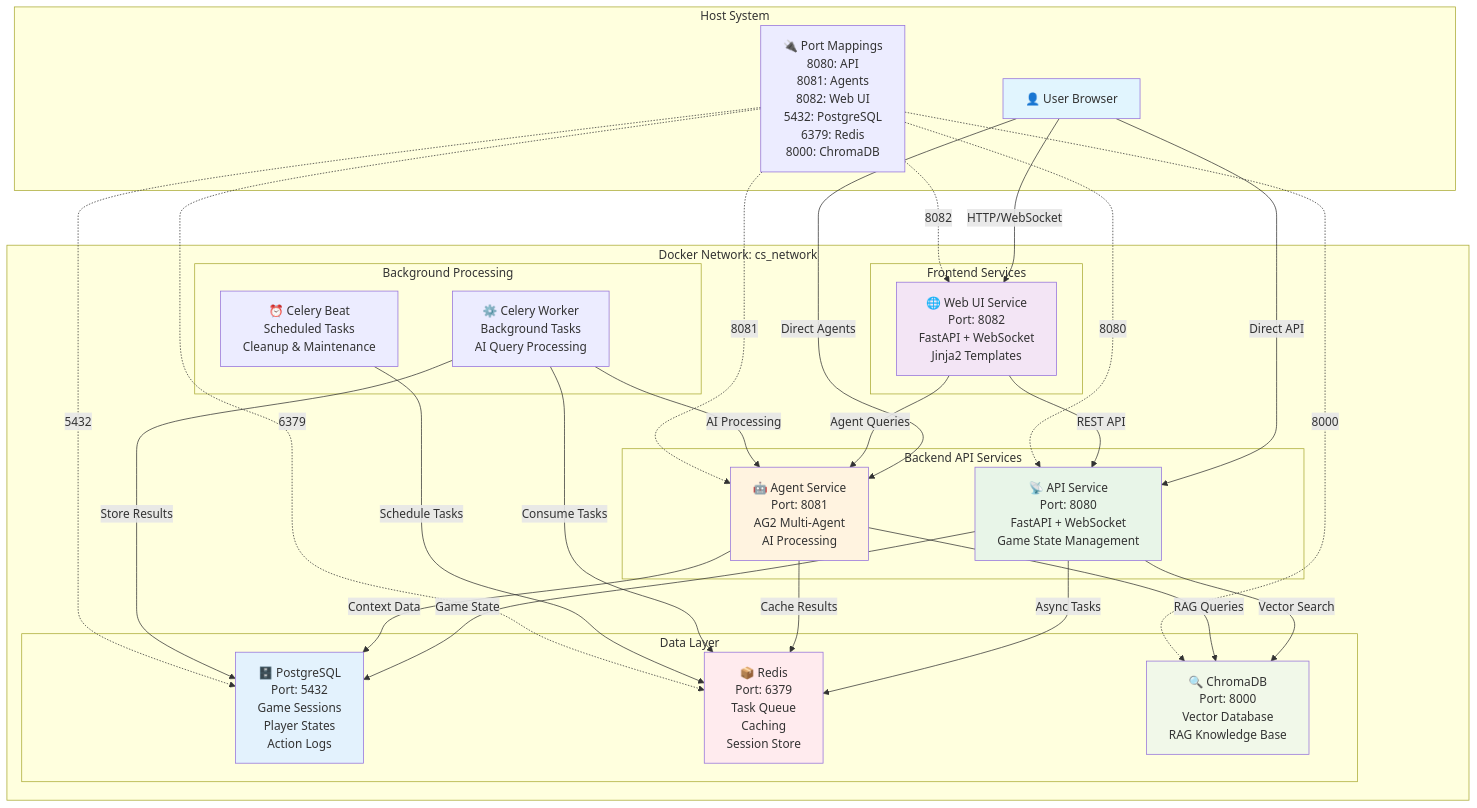
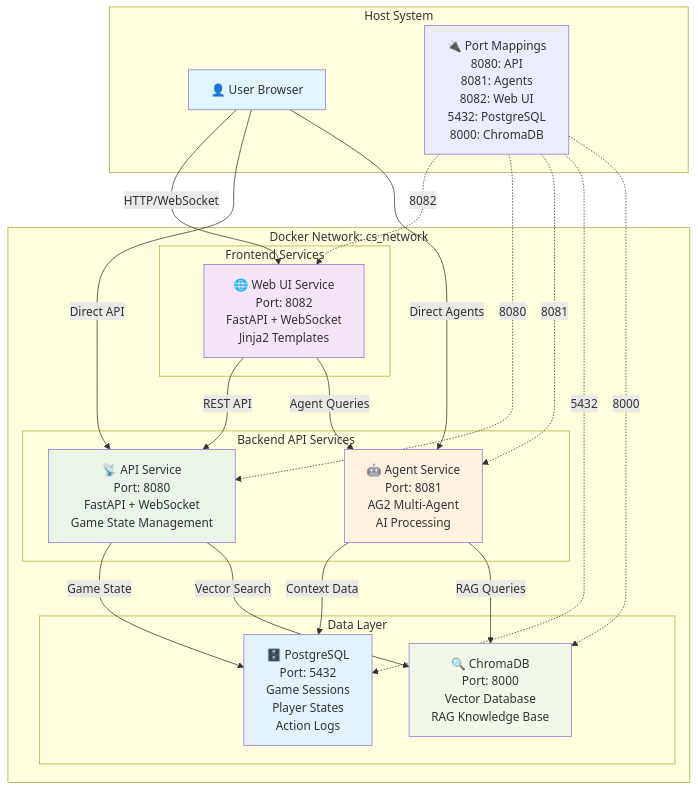
One commit to akashkthkr/counter_strike_ag2_agent changed the first of 6 diagrams in docker/README.md. Above: the diagram before and after it, drawn with Mermaid. The commit also changed other lines of this file and 10 other files, not shown here.

````diff
--- a/docker/README.md
+++ b/docker/README.md
@@ -7,70 +7,56 @@
 ```mermaid
 graph TB
     subgraph "Host System"
         USER[👤 User Browser]
-        PORTS[🔌 Port Mappings<br/>8080: API<br/>8081: Agents<br/>8082: Web UI<br/>5432: PostgreSQL<br/>6379: Redis<br/>8000: ChromaDB]
+        PORTS[🔌 Port Mappings<br/>8080: API<br/>8081: Agents<br/>8082: Web UI<br/>5432: PostgreSQL<br/>8000: ChromaDB]
     end
 
     subgraph "Docker Network: cs_network"
         subgraph "Frontend Services"
             WEBUI[🌐 Web UI Service<br/>Port: 8082<br/>FastAPI + WebSocket<br/>Jinja2 Templates]
         end
 
         subgraph "Backend API Services"
             API[📡 API Service<br/>Port: 8080<br/>FastAPI + WebSocket<br/>Game State Management]
             AGENTS[🤖 Agent Service<br/>Port: 8081<br/>AG2 Multi-Agent<br/>AI Processing]
         end
 
-        subgraph "Background Processing"
-            CELERY_WORKER[⚙️ Celery Worker<br/>Background Tasks<br/>AI Query Processing]
-            CELERY_BEAT[⏰ Celery Beat<br/>Scheduled Tasks<br/>Cleanup & Maintenance]
-        end
-
         subgraph "Data Layer"
             POSTGRES[🗄️ PostgreSQL<br/>Port: 5432<br/>Game Sessions<br/>Player States<br/>Action Logs]
-            REDIS[📦 Redis<br/>Port: 6379<br/>Task Queue<br/>Caching<br/>Session Store]
             CHROMADB[🔍 ChromaDB<br/>Port: 8000<br/>Vector Database<br/>RAG Knowledge Base]
         end
     end
 
     %% User interactions
     USER -->|HTTP/WebSocket| WEBUI
     USER -->|Direct API| API
     USER -->|Direct Agents| AGENTS
 
     %% Frontend to Backend
     WEBUI -->|REST API| API
     WEBUI -->|Agent Queries| AGENTS
 
     %% Backend API flows
     API -->|Game State| POSTGRES
-    API -->|Async Tasks| REDIS
     API -->|Vector Search| CHROMADB
 
     %% Agent Service flows
     AGENTS -->|Context Data| POSTGRES
     AGENTS -->|RAG Queries| CHROMADB
-    AGENTS -->|Cache Results| REDIS
-
-    %% Background processing
-    CELERY_WORKER -->|Consume Tasks| REDIS
-    CELERY_WORKER -->|AI Processing| AGENTS
-    CELERY_WORKER -->|Store Results| POSTGRES
-    CELERY_BEAT -->|Schedule Tasks| REDIS
 
     %% Port mappings
     PORTS -.->|8082| WEBUI
     PORTS -.->|8080| API
     PORTS -.->|8081| AGENTS
     PORTS -.->|5432| POSTGRES
-    PORTS -.->|6379| REDIS
+
     PORTS -.->|8000| CHROMADB
 
     style USER fill:#e1f5fe
     style WEBUI fill:#f3e5f5
     style API fill:#e8f5e8
     style AGENTS fill:#fff3e0
     style POSTGRES fill:#e3f2fd
-    style REDIS fill:#ffebee
+
     style CHROMADB fill:#f1f8e9
 ```
````
